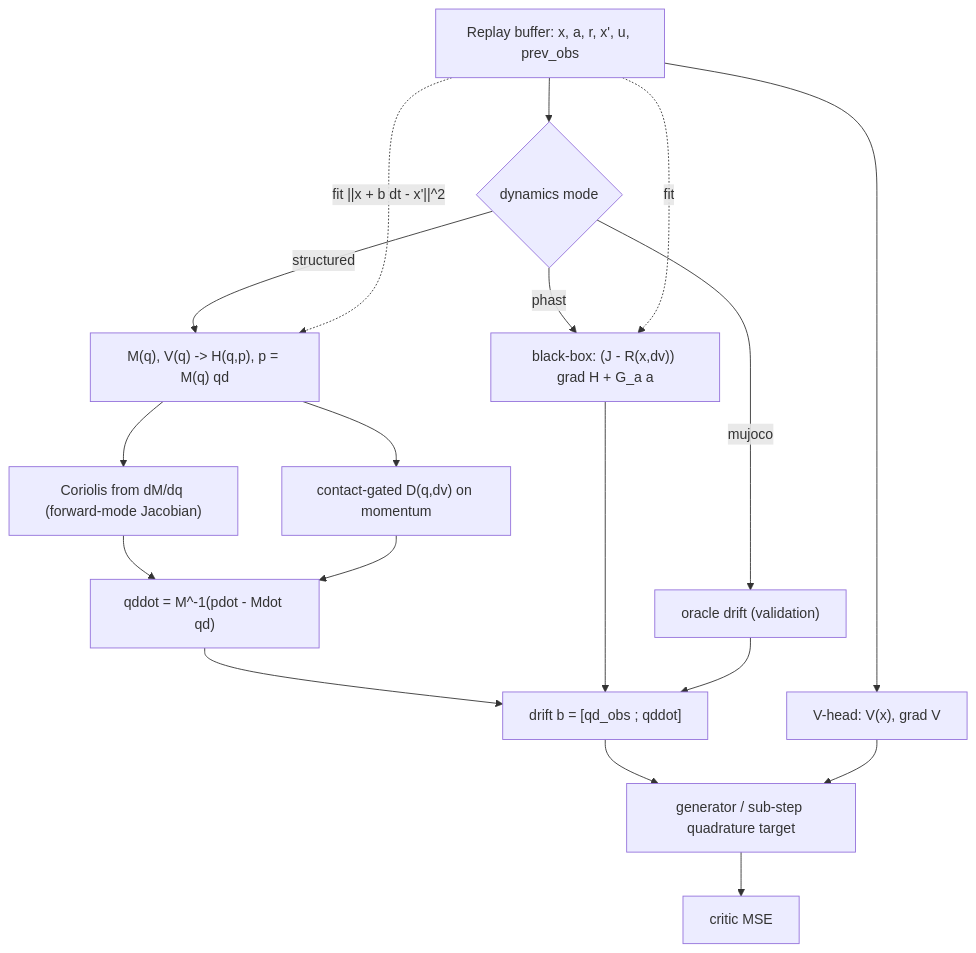
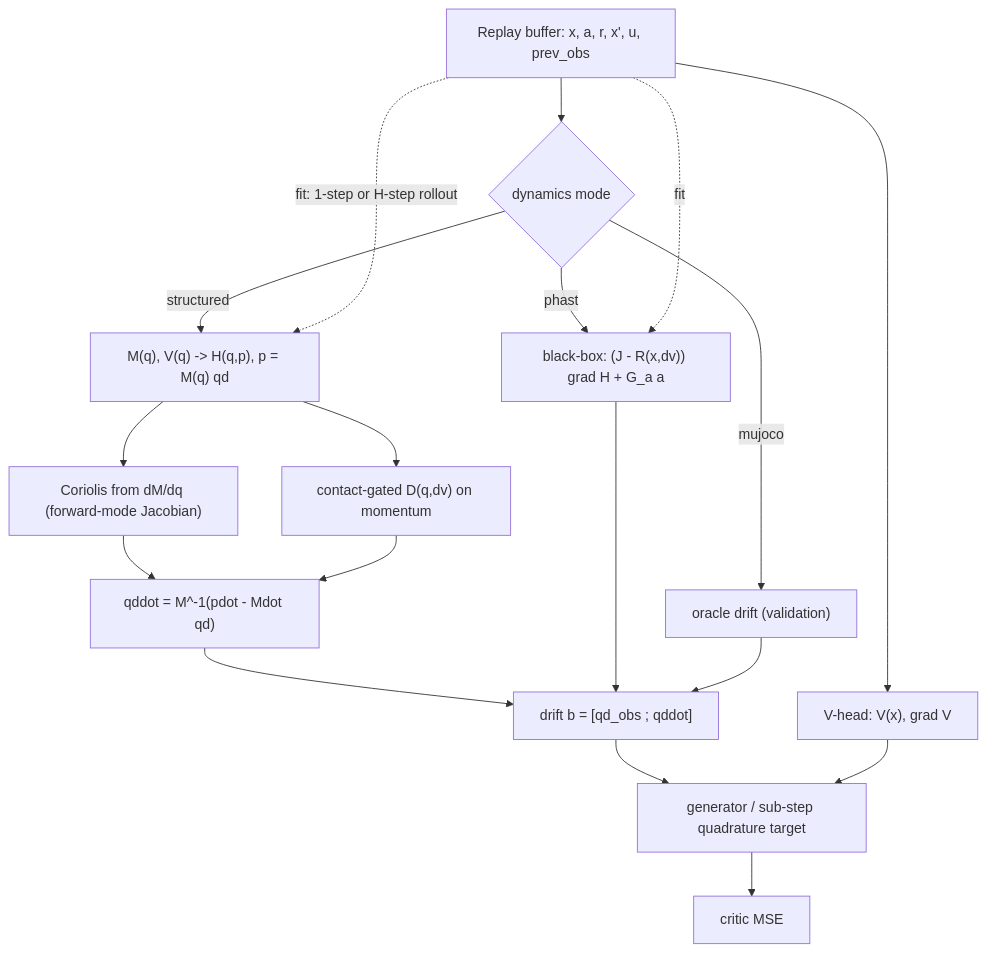
The diagram in docs/structured_dynamics_model.md (sebale16/ct-rl), drawn with Mermaid before and after one commit. The commit also changed other lines of this file, not shown here.

Commit message:
docs: record the multi-step rollout fit and its offline results

````diff
--- a/docs/structured_dynamics_model.md
+++ b/docs/structured_dynamics_model.md
@@ -165,20 +165,20 @@
 ```mermaid
 flowchart TD
     RB["Replay buffer: x, a, r, x', u, prev_obs"] --> CR["V-head: V(x), grad V"]
     RB --> DR{"dynamics mode"}
     DR -->|"mujoco"| OR["oracle drift (validation)"]
     DR -->|"phast"| BB["black-box: (J - R(x,dv)) grad H + G_a a"]
     DR -->|"structured"| ST["M(q), V(q) -> H(q,p), p = M(q) qd"]
     ST --> COR["Coriolis from dM/dq (forward-mode Jacobian)"]
     ST --> DMP["contact-gated D(q,dv) on momentum"]
     COR --> QD["qddot = M^-1(pdot - Mdot qd)"]
     DMP --> QD
     QD --> BD["drift b = [qd_obs ; qddot]"]
     BB --> BD
     OR --> BD
     BD --> GEN["generator / sub-step quadrature target"]
     CR --> GEN
     GEN --> LOSS["critic MSE"]
-    RB -.fit ||x + b dt - x'||^2.-> ST
+    RB -.fit: 1-step or H-step rollout.-> ST
     RB -.fit.-> BB
 ```
````
